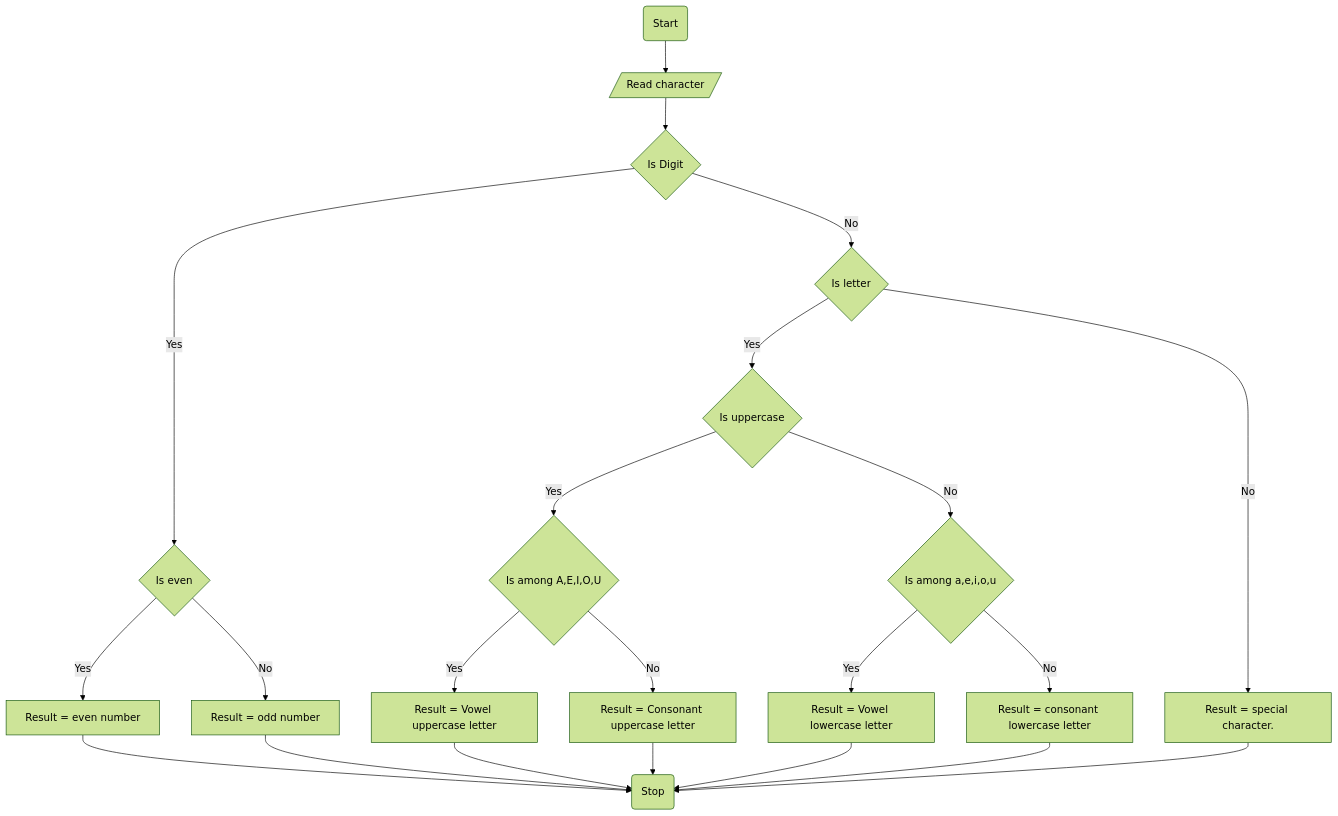
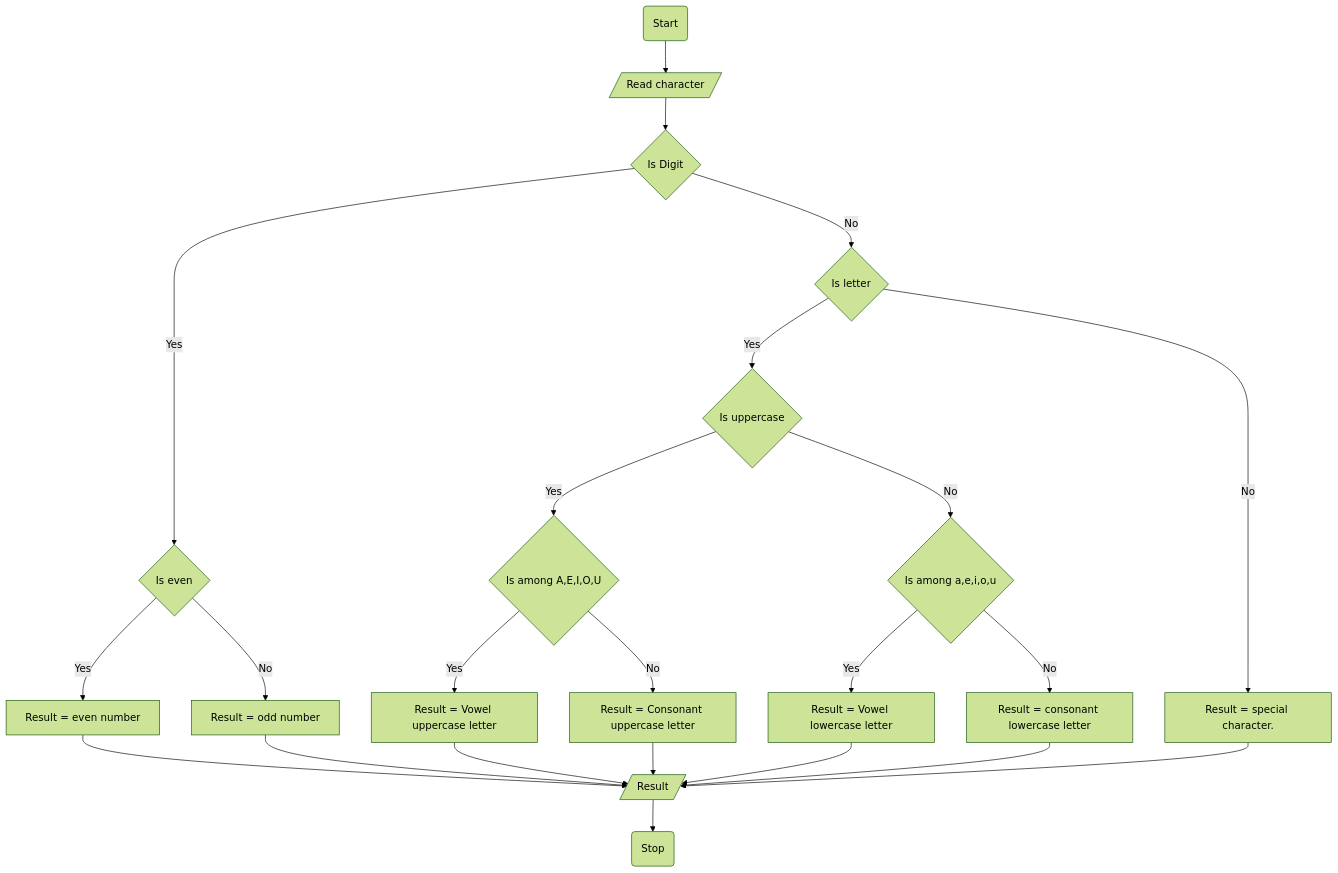
Before and after one commit to SWEG-2015EC-Batch/Code-Warrior: the diagram in ETS1351_15_Yabets_Maregn/symbol_checker/flowchart.md, drawn with Mermaid (forest theme).

````diff
--- a/ETS1351_15_Yabets_Maregn/symbol_checker/flowchart.md
+++ b/ETS1351_15_Yabets_Maregn/symbol_checker/flowchart.md
@@ -1,24 +1,25 @@
 ```mermaid
 graph TD
 A(Start) --> B[/Read character/]
 B --> C{Is Digit}
 C -- Yes --> D{Is even}
 D -- Yes --> E[Result = even number]
 D -- No --> F[Result = odd number]
 C -- No --> G{Is letter}
 G -- Yes --> H{Is uppercase}
 H -- Yes --> I{Is among A,E,I,O,U}
 I -- Yes -->J[Result = Vowel uppercase letter]
 I -- No --> K[Result = Consonant uppercase letter]
 H -- No --> L{Is among a,e,i,o,u}
 L -- Yes --> M[Result = Vowel lowercase letter]
 L -- No --> N[Result = consonant lowercase letter]
 G -- No --> O[Result = special character.]
-O --> Q(Stop)
-E --> Q(Stop)
-F --> Q(Stop)
-J --> Q(Stop)
-K --> Q(Stop)
-M --> Q(Stop)
-N --> Q(Stop)
+O --> P[/Result/]
+E --> P[/Result/]
+F --> P[/Result/]
+J --> P[/Result/]
+K --> P[/Result/]
+M --> P[/Result/]
+N --> P[/Result/]
+P --> Q(Stop)
 ``` 
````
